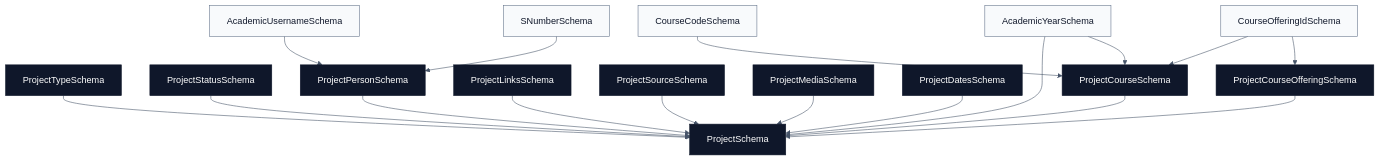
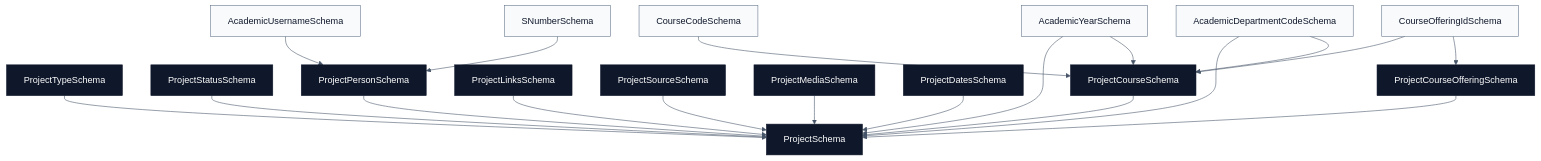
One commit to csc3213-2026-group-b/academic-domain-schemas changed the diagram in docs/projects.md. Above: the diagram before and after it, drawn with Mermaid. The commit also changed other lines of this file and 11 other files, not shown here.

Commit message:
feat: support science department metadata across schemas

````diff
--- a/docs/projects.md
+++ b/docs/projects.md
@@ -25,47 +25,50 @@
 ```mermaid
 %%{init: {"theme": "base", "themeVariables": {"primaryColor": "#f8fafc", "primaryTextColor": "#0f172a", "primaryBorderColor": "#64748b", "lineColor": "#475569"}}}%%
 flowchart TD
   ProjectSchema["ProjectSchema"]
   ProjectTypeSchema["ProjectTypeSchema"]
   ProjectStatusSchema["ProjectStatusSchema"]
   ProjectPersonSchema["ProjectPersonSchema"]
   ProjectLinksSchema["ProjectLinksSchema"]
   ProjectSourceSchema["ProjectSourceSchema"]
   ProjectMediaSchema["ProjectMediaSchema"]
   ProjectDatesSchema["ProjectDatesSchema"]
   ProjectCourseSchema["ProjectCourseSchema"]
   ProjectCourseOfferingSchema["ProjectCourseOfferingSchema"]
   AcademicYearSchema["AcademicYearSchema"]
+  AcademicDepartmentCodeSchema["AcademicDepartmentCodeSchema"]
   CourseCodeSchema["CourseCodeSchema"]
   CourseOfferingIdSchema["CourseOfferingIdSchema"]
   AcademicUsernameSchema["AcademicUsernameSchema"]
   SNumberSchema["SNumberSchema"]
 
   ProjectTypeSchema --> ProjectSchema
   ProjectStatusSchema --> ProjectSchema
   ProjectPersonSchema --> ProjectSchema
   ProjectLinksSchema --> ProjectSchema
   ProjectSourceSchema --> ProjectSchema
   ProjectMediaSchema --> ProjectSchema
   ProjectDatesSchema --> ProjectSchema
   ProjectCourseSchema --> ProjectSchema
   ProjectCourseOfferingSchema --> ProjectSchema
   AcademicYearSchema --> ProjectSchema
   AcademicYearSchema --> ProjectCourseSchema
+  AcademicDepartmentCodeSchema --> ProjectSchema
+  AcademicDepartmentCodeSchema --> ProjectCourseSchema
   CourseCodeSchema --> ProjectCourseSchema
   CourseOfferingIdSchema --> ProjectCourseSchema
   CourseOfferingIdSchema --> ProjectCourseOfferingSchema
   AcademicUsernameSchema --> ProjectPersonSchema
   SNumberSchema --> ProjectPersonSchema
 
   click AcademicYearSchema "./academics.md" "Academic year docs"
   click CourseCodeSchema "./courses.md" "Course code docs"
   click CourseOfferingIdSchema "./courses.md" "Course offering docs"
   click AcademicUsernameSchema "./people.md" "Academic username docs"
   click SNumberSchema "./people.md" "S-number docs"
 
   classDef project fill:#0f172a,color:#ffffff,stroke:#0f172a
   classDef external fill:#f8fafc,color:#0f172a,stroke:#64748b
   class ProjectSchema,ProjectTypeSchema,ProjectStatusSchema,ProjectPersonSchema,ProjectLinksSchema,ProjectSourceSchema,ProjectMediaSchema,ProjectDatesSchema,ProjectCourseSchema,ProjectCourseOfferingSchema project
-  class AcademicYearSchema,CourseCodeSchema,CourseOfferingIdSchema,AcademicUsernameSchema,SNumberSchema external
+  class AcademicYearSchema,AcademicDepartmentCodeSchema,CourseCodeSchema,CourseOfferingIdSchema,AcademicUsernameSchema,SNumberSchema external
 ```
````
